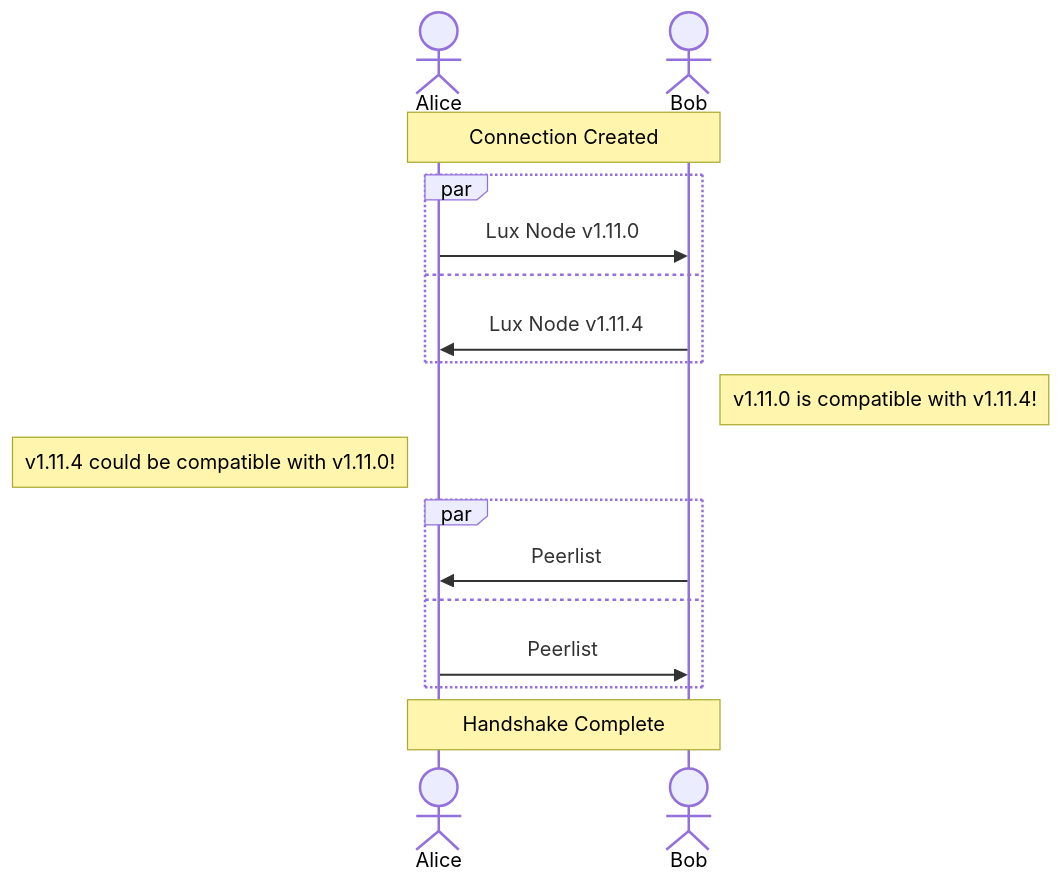
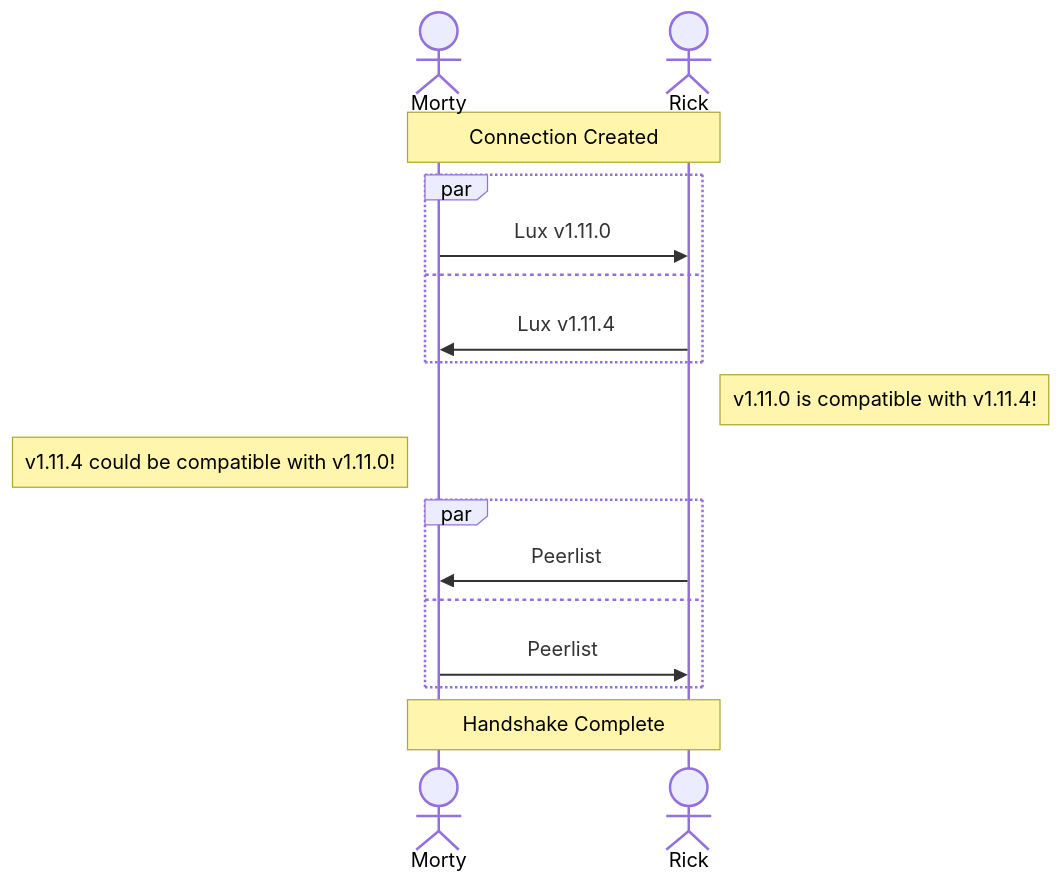
One commit to luxfi/node changed the third of 6 diagrams in network/README.md. Above: the diagram before and after it, drawn with Mermaid. The commit also changed other lines of this file and 2130 other files, not shown here.

````diff
--- a/network/README.md
+++ b/network/README.md
@@ -84,19 +85,19 @@
 ```mermaid
 sequenceDiagram
-    actor Alice
-    actor Bob
-    Note over Alice,Bob: Connection Created
+    actor Morty
+    actor Rick
+    Note over Morty,Rick: Connection Created
     par
-        Alice->>Bob: Lux Node v1.11.0
+        Morty->>Rick: Lux v1.11.0
     and
-        Bob->>Alice: Lux Node v1.11.4
+        Rick->>Morty: Lux v1.11.4
     end
-    Note right of Bob: v1.11.0 is compatible with v1.11.4!
-    Note left of Alice: v1.11.4 could be compatible with v1.11.0!
+    Note right of Rick: v1.11.0 is compatible with v1.11.4!
+    Note left of Morty: v1.11.4 could be compatible with v1.11.0!
     par
-        Bob->>Alice: Peerlist
+        Rick->>Morty: Peerlist
     and
-        Alice->>Bob: Peerlist
+        Morty->>Rick: Peerlist
     end
-    Note over Alice,Bob: Handshake Complete
+    Note over Morty,Rick: Handshake Complete
 ```
````
